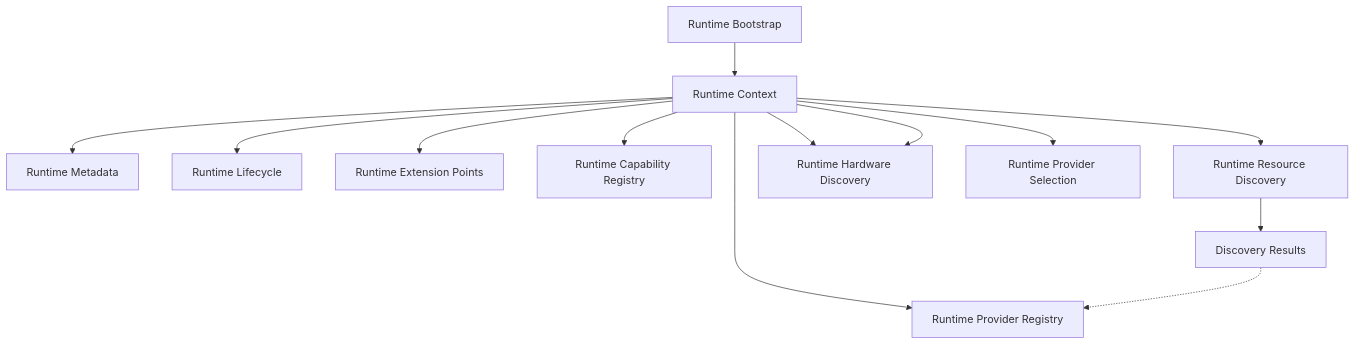
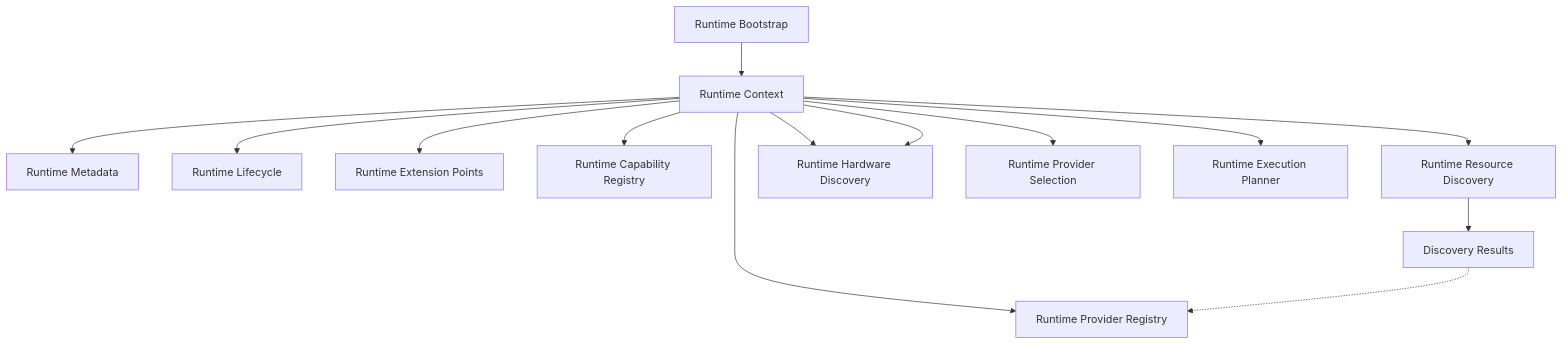
Before and after one commit to RudraNarayanRoy01/ClipForge: the diagram in docs/architecture/runtime/RUNTIME_ARCHITECTURE.md, drawn with Mermaid. The commit also changed other lines of this file and 8 other files, not shown here.

Commit message:
feat(runtime): Batch 6.2.2 establish runtime execution planning foundation

````diff
--- a/docs/architecture/runtime/RUNTIME_ARCHITECTURE.md
+++ b/docs/architecture/runtime/RUNTIME_ARCHITECTURE.md
@@ -79,33 +79,35 @@
 ```mermaid
 flowchart TD
     Bootstrap[Runtime Bootstrap]
     
     Context[Runtime Context]
     Bootstrap --> Context
     
     Metadata[Runtime Metadata]
     Lifecycle[Runtime Lifecycle]
     Extensions[Runtime Extension Points]
     Registry[Runtime Capability Registry]
     
     Context --> Metadata
     Context --> Lifecycle
     Context --> Extensions
     Context --> Registry
     Context --> Discovery
     Context --> HardwareDiscovery
     
     Discovery[Runtime Resource Discovery]
     Results[Discovery Results]
     Discovery --> Results
     
     ProviderRegistry[Runtime Provider Registry]
     HardwareDiscovery[Runtime Hardware Discovery]
     ProviderSelection[Runtime Provider Selection]
+    ExecutionPlanner[Runtime Execution Planner]
     
     Context --> ProviderRegistry
     Context --> HardwareDiscovery
     Context --> ProviderSelection
+    Context --> ExecutionPlanner
     
     Results -.-> ProviderRegistry
 ```
````
